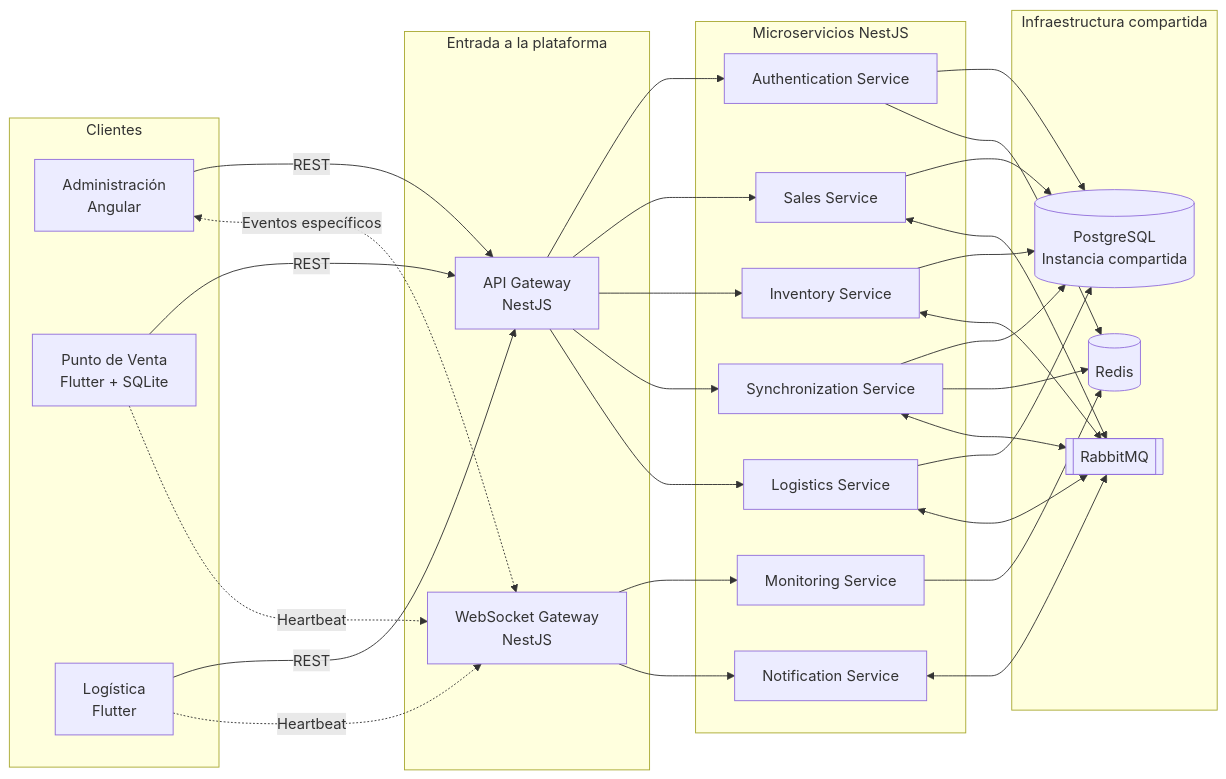
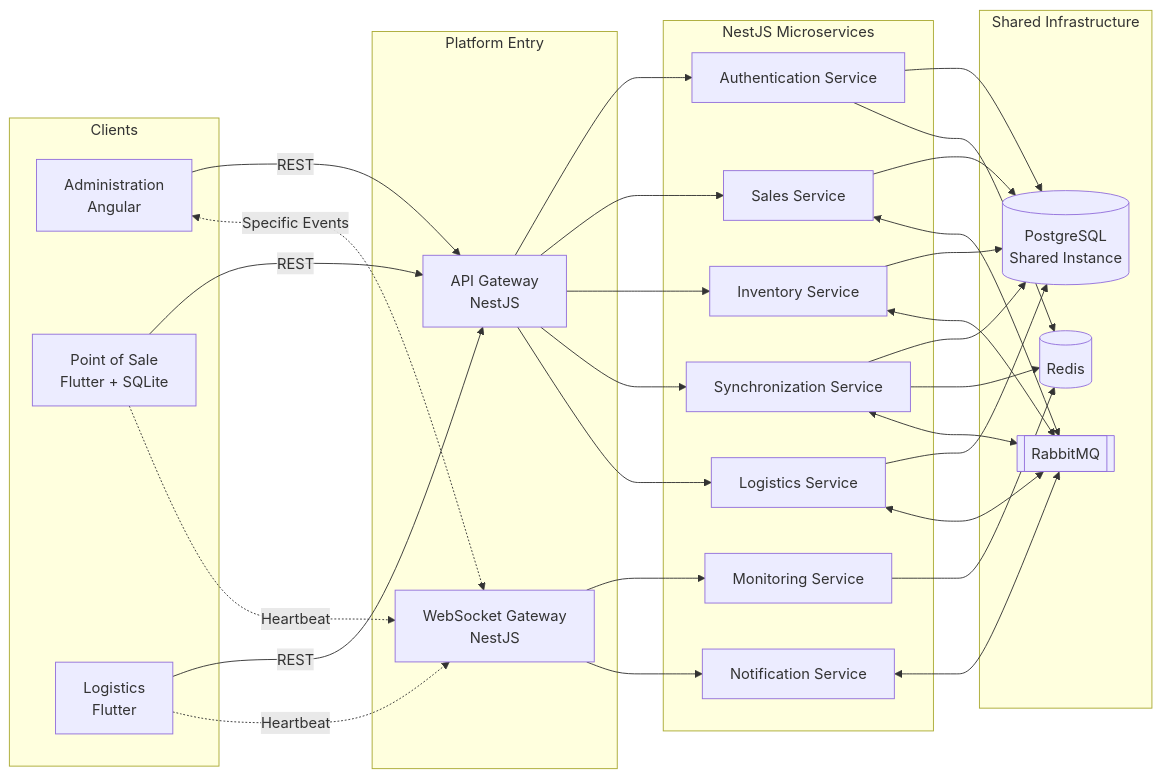
Before and after one commit to migueval/software-engineering: the first of 29 diagrams in Connectivity Strategies in Distributed Systems/ARCHITECTURE.md, drawn with Mermaid. The commit also changed other lines of this file and 19 other files, not shown here.

````diff
--- a/Connectivity Strategies in Distributed Systems/ARCHITECTURE.md
+++ b/Connectivity Strategies in Distributed Systems/ARCHITECTURE.md
@@ -121,63 +121,63 @@
 ```mermaid
 flowchart LR
 
-    subgraph CLIENTS["Clientes"]
-        ADMIN["Administración<br/>Angular"]
-        POS["Punto de Venta<br/>Flutter + SQLite"]
-        LOGISTICS_APP["Logística<br/>Flutter"]
+    subgraph CLIENTS["Clients"]
+        ADMIN["Administration<br/>Angular"]
+        POS["Point of Sale<br/>Flutter + SQLite"]
+        LOGISTICS_APP["Logistics<br/>Flutter"]
     end
 
-    subgraph ENTRY["Entrada a la plataforma"]
+    subgraph ENTRY["Platform Entry"]
         API["API Gateway<br/>NestJS"]
         WS["WebSocket Gateway<br/>NestJS"]
     end
 
-    subgraph SERVICES["Microservicios NestJS"]
+    subgraph SERVICES["NestJS Microservices"]
         AUTH["Authentication Service"]
         SALES["Sales Service"]
         INVENTORY["Inventory Service"]
         SYNC["Synchronization Service"]
         LOGISTICS_SERVICE["Logistics Service"]
         MONITOR["Monitoring Service"]
         NOTIFY["Notification Service"]
     end
 
-    subgraph INFRA["Infraestructura compartida"]
-        PG[("PostgreSQL<br/>Instancia compartida")]
+    subgraph INFRA["Shared Infrastructure"]
+        PG[("PostgreSQL<br/>Shared Instance")]
         REDIS[("Redis")]
         MQ[["RabbitMQ"]]
     end
 
     ADMIN -->|"REST"| API
     POS -->|"REST"| API
     LOGISTICS_APP -->|"REST"| API
 
-    ADMIN <-.->|"Eventos específicos"| WS
+    ADMIN <-.->|"Specific Events"| WS
     POS -.->|"Heartbeat"| WS
     LOGISTICS_APP -.->|"Heartbeat"| WS
 
     API --> AUTH
     API --> SALES
     API --> INVENTORY
     API --> SYNC
     API --> LOGISTICS_SERVICE
 
     WS --> MONITOR
     WS --> NOTIFY
 
     AUTH --> PG
     SALES --> PG
     INVENTORY --> PG
     SYNC --> PG
     LOGISTICS_SERVICE --> PG
 
     AUTH --> REDIS
     MONITOR --> REDIS
     SYNC --> REDIS
 
     SALES <--> MQ
     INVENTORY <--> MQ
     SYNC <--> MQ
     LOGISTICS_SERVICE <--> MQ
     NOTIFY <--> MQ
 ```
````
